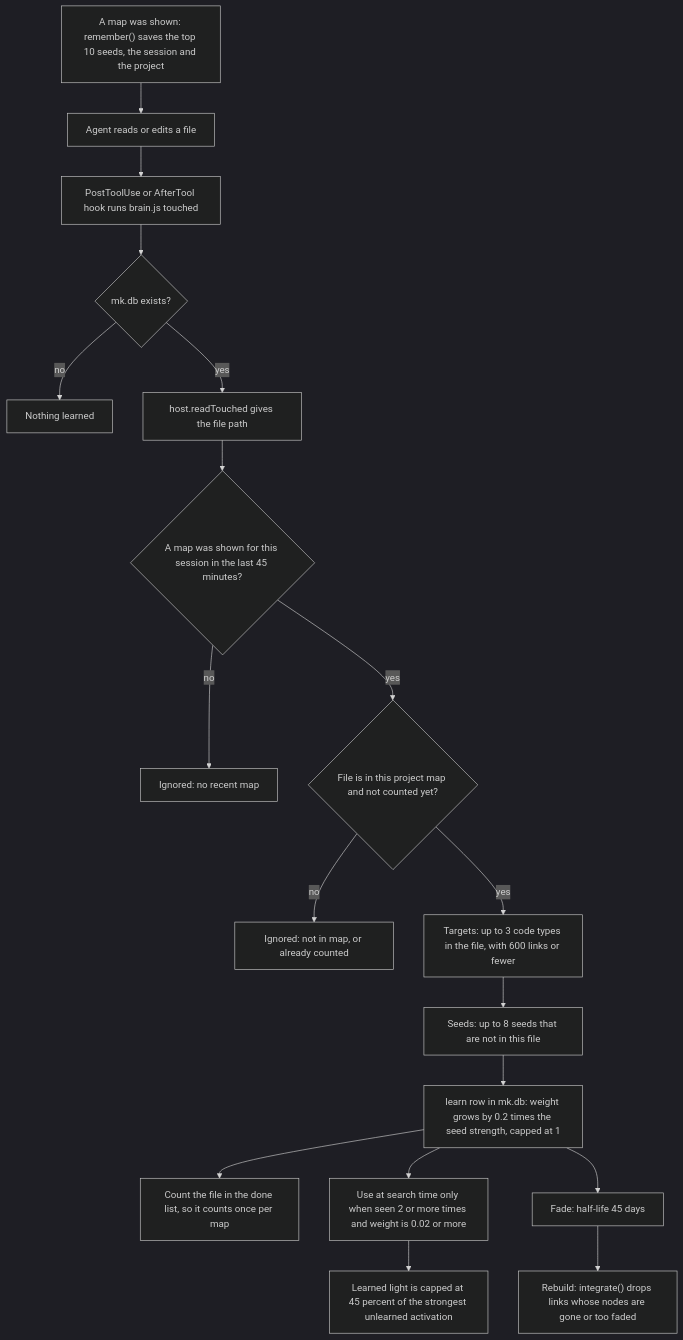
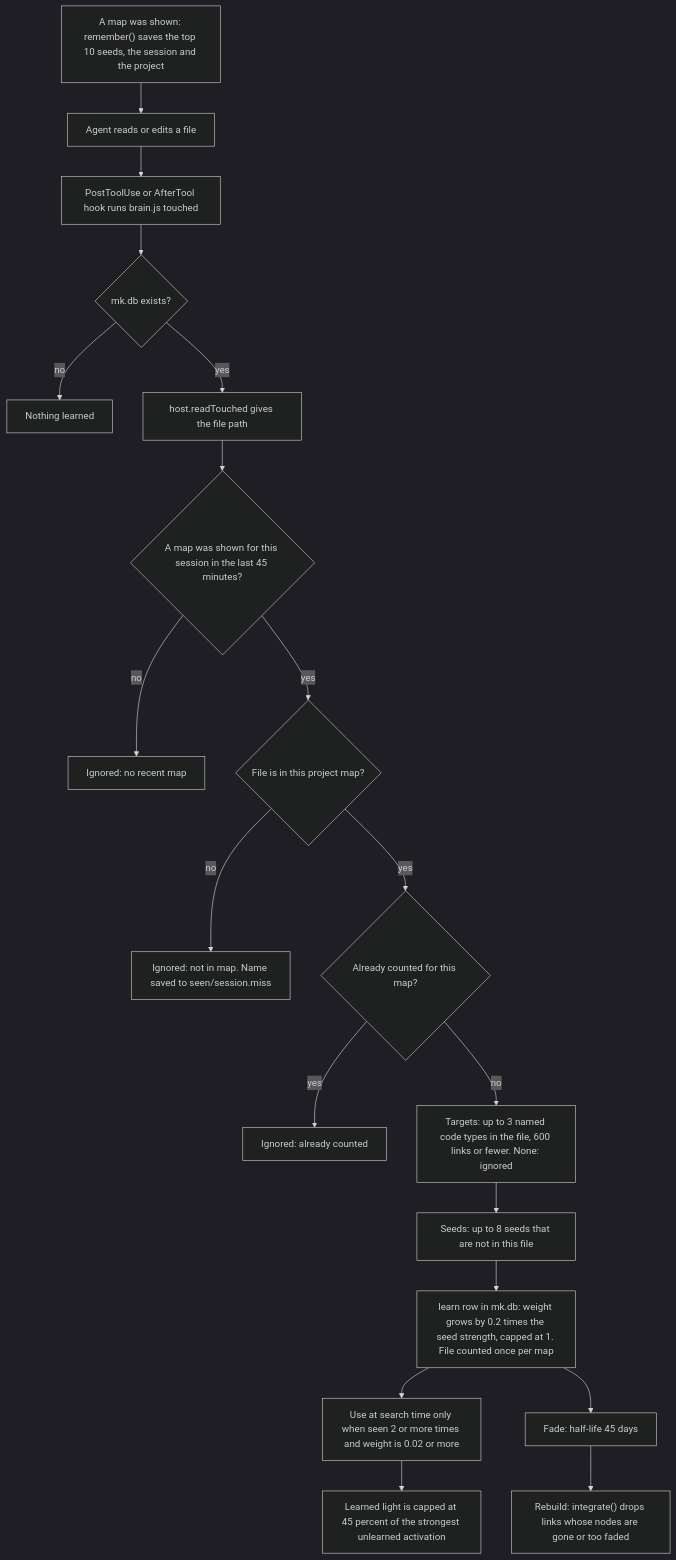
Before and after one commit to ThanhNVan/gabriel-plugin: the third of 10 diagrams in docs/WORKFLOWS.md, drawn with Mermaid (dark theme). The commit also changed other lines of this file and 19 other files, not shown here.

````diff
--- a/docs/WORKFLOWS.md
+++ b/docs/WORKFLOWS.md
@@ -90,20 +90,21 @@
 ```mermaid
 flowchart TD
   A["A map was shown: remember() saves the top 10 seeds, the session and the project"] --> B["Agent reads or edits a file"]
   B --> H["PostToolUse or AfterTool hook runs brain.js touched"]
   H --> D1{"mk.db exists?"}
   D1 -- "no" --> N1["Nothing learned"]
   D1 -- "yes" --> R["host.readTouched gives the file path"]
   R --> D2{"A map was shown for this session in the last 45 minutes?"}
   D2 -- "no" --> N2["Ignored: no recent map"]
-  D2 -- "yes" --> D3{"File is in this project map and not counted yet?"}
-  D3 -- "no" --> N3["Ignored: not in map, or already counted"]
-  D3 -- "yes" --> T["Targets: up to 3 code types in the file, with 600 links or fewer"]
+  D2 -- "yes" --> D3{"File is in this project map?"}
+  D3 -- "no" --> N3["Ignored: not in map. Name saved to seen/session.miss"]
+  D3 -- "yes" --> D4{"Already counted for this map?"}
+  D4 -- "yes" --> N4["Ignored: already counted"]
+  D4 -- "no" --> T["Targets: up to 3 named code types in the file, 600 links or fewer. None: ignored"]
   T --> SD["Seeds: up to 8 seeds that are not in this file"]
-  SD --> L["learn row in mk.db: weight grows by 0.2 times the seed strength, capped at 1"]
-  L --> C["Count the file in the done list, so it counts once per map"]
+  SD --> L["learn row in mk.db: weight grows by 0.2 times the seed strength, capped at 1. File counted once per map"]
   L --> U["Use at search time only when seen 2 or more times and weight is 0.02 or more"]
   U --> CAP["Learned light is capped at 45 percent of the strongest unlearned activation"]
   L --> F["Fade: half-life 45 days"]
   F --> P["Rebuild: integrate() drops links whose nodes are gone or too faded"]
 ```
````
